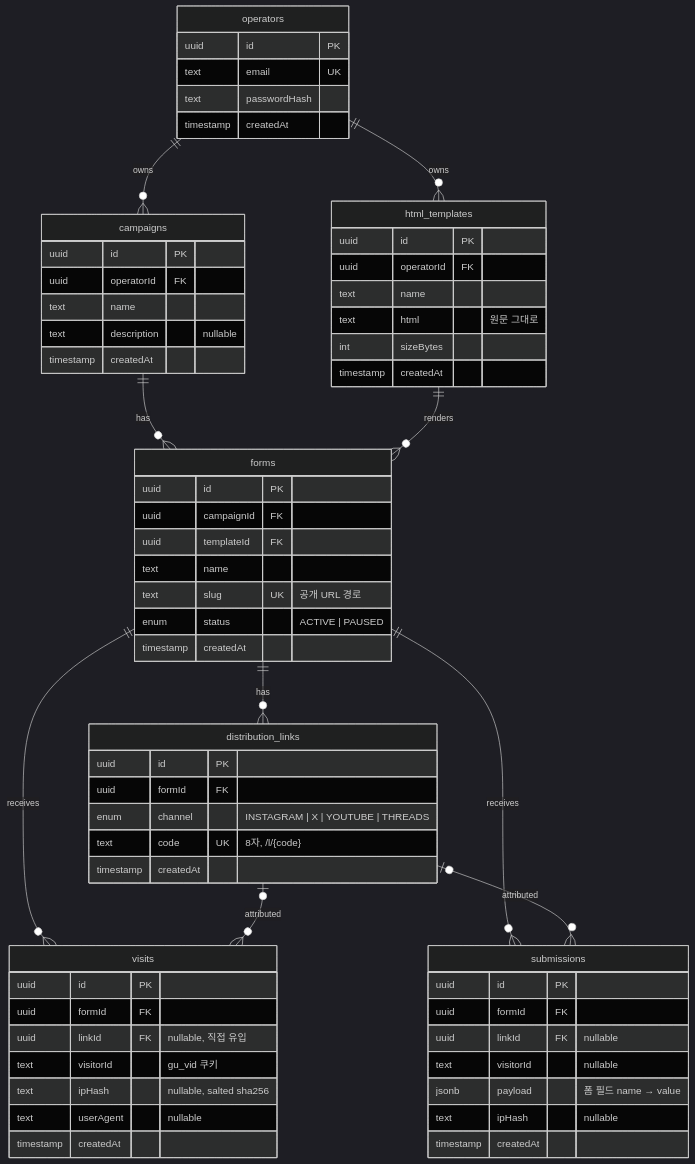
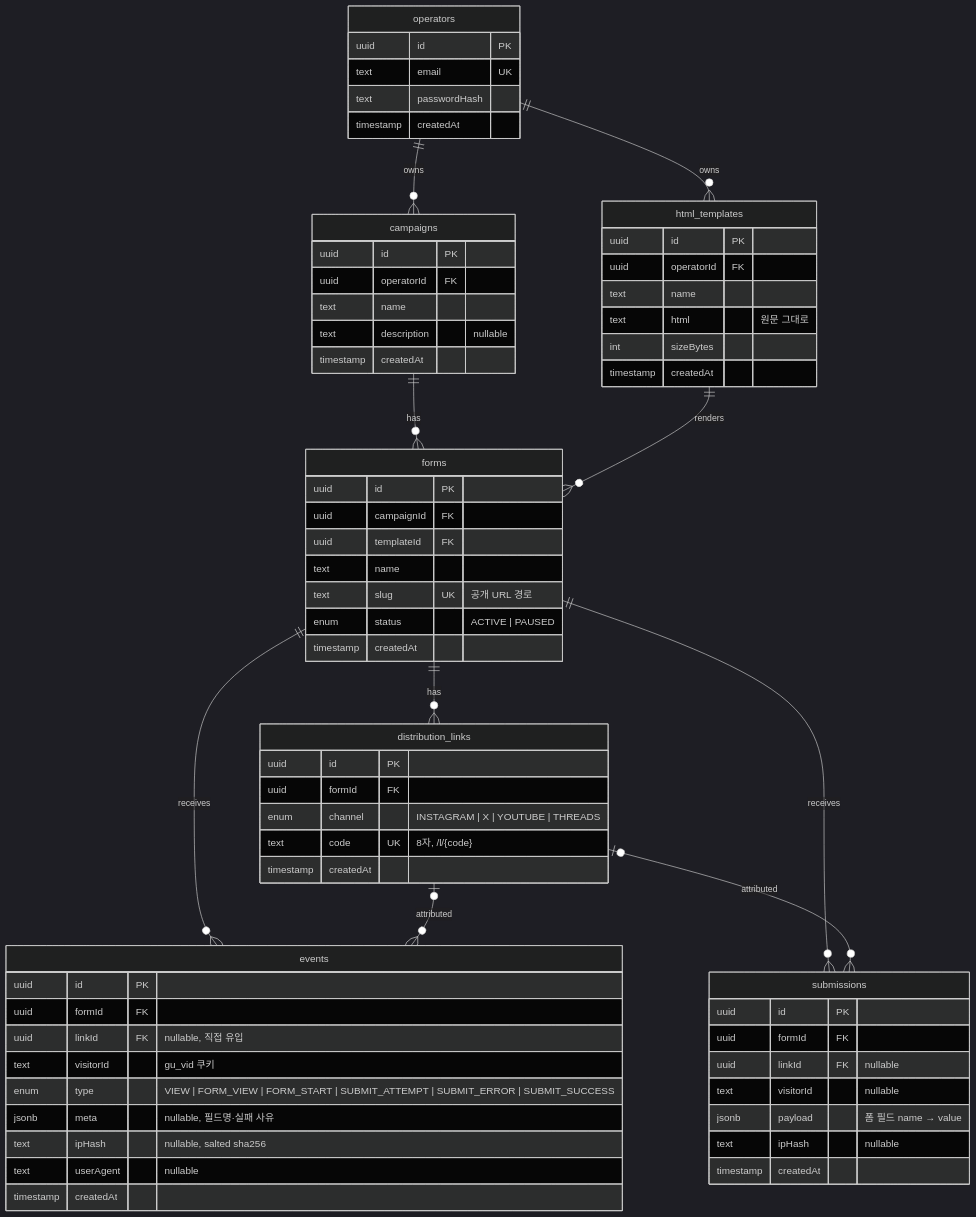
Before and after one commit to yg-cho/glowuprizz-crm: the diagram in docs/schema.md, drawn with Mermaid (dark theme). The commit also changed other lines of this file and 12 other files, not shown here.

````diff
--- a/docs/schema.md
+++ b/docs/schema.md
@@ -7,68 +7,70 @@
 ```mermaid
 erDiagram
   operators ||--o{ html_templates : owns
   operators ||--o{ campaigns : owns
   campaigns ||--o{ forms : has
   html_templates ||--o{ forms : renders
   forms ||--o{ distribution_links : has
-  forms ||--o{ visits : receives
+  forms ||--o{ events : receives
   forms ||--o{ submissions : receives
-  distribution_links o|--o{ visits : attributed
+  distribution_links o|--o{ events : attributed
   distribution_links o|--o{ submissions : attributed
 
   operators {
     uuid id PK
     text email UK
     text passwordHash
     timestamp createdAt
   }
   html_templates {
     uuid id PK
     uuid operatorId FK
     text name
     text html "원문 그대로"
     int sizeBytes
     timestamp createdAt
   }
   campaigns {
     uuid id PK
     uuid operatorId FK
     text name
     text description "nullable"
     timestamp createdAt
   }
   forms {
     uuid id PK
     uuid campaignId FK
     uuid templateId FK
     text name
     text slug UK "공개 URL 경로"
     enum status "ACTIVE | PAUSED"
     timestamp createdAt
   }
   distribution_links {
     uuid id PK
     uuid formId FK
     enum channel "INSTAGRAM | X | YOUTUBE | THREADS"
     text code UK "8자, /l/{code}"
     timestamp createdAt
   }
-  visits {
+  events {
     uuid id PK
     uuid formId FK
     uuid linkId FK "nullable, 직접 유입"
     text visitorId "gu_vid 쿠키"
+    enum type "VIEW | FORM_VIEW | FORM_START | SUBMIT_ATTEMPT | SUBMIT_ERROR | SUBMIT_SUCCESS"
+    jsonb meta "nullable, 필드명·실패 사유"
     text ipHash "nullable, salted sha256"
     text userAgent "nullable"
     timestamp createdAt
   }
   submissions {
     uuid id PK
     uuid formId FK
     uuid linkId FK "nullable"
     text visitorId "nullable"
     jsonb payload "폼 필드 name → value"
     text ipHash "nullable"
     timestamp createdAt
   }
 ```
````
